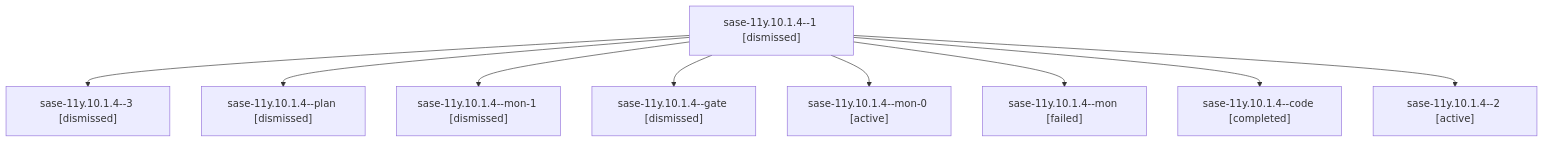
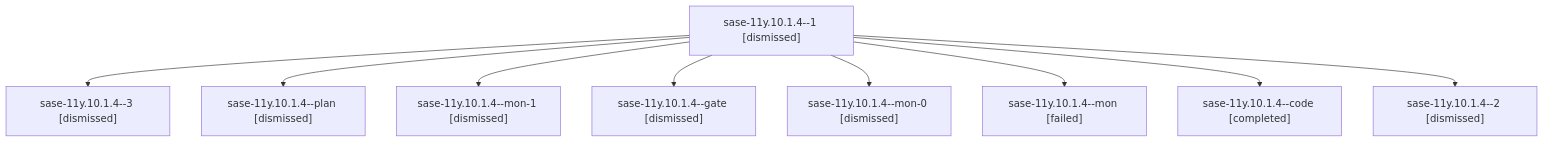
Before and after one commit to sase-org/sase--agents: the diagram in sessions/bbugyi200.athena.sase-11y.10.1.4.md, drawn with Mermaid. The commit also changed other lines of this file and 306 other files, not shown here.

````diff
--- a/sessions/bbugyi200.athena.sase-11y.10.1.4.md
+++ b/sessions/bbugyi200.athena.sase-11y.10.1.4.md
@@ -9,20 +9,20 @@
 ```mermaid
 flowchart TD
   n0["sase-11y.10.1.4--1 [dismissed]"]
   n1["sase-11y.10.1.4--3 [dismissed]"]
   n0 --> n1
   n2["sase-11y.10.1.4--plan [dismissed]"]
   n0 --> n2
   n3["sase-11y.10.1.4--mon-1 [dismissed]"]
   n0 --> n3
   n4["sase-11y.10.1.4--gate [dismissed]"]
   n0 --> n4
-  n5["sase-11y.10.1.4--mon-0 [active]"]
+  n5["sase-11y.10.1.4--mon-0 [dismissed]"]
   n0 --> n5
   n6["sase-11y.10.1.4--mon [failed]"]
   n0 --> n6
   n7["sase-11y.10.1.4--code [completed]"]
   n0 --> n7
-  n8["sase-11y.10.1.4--2 [active]"]
+  n8["sase-11y.10.1.4--2 [dismissed]"]
   n0 --> n8
 ```
````
